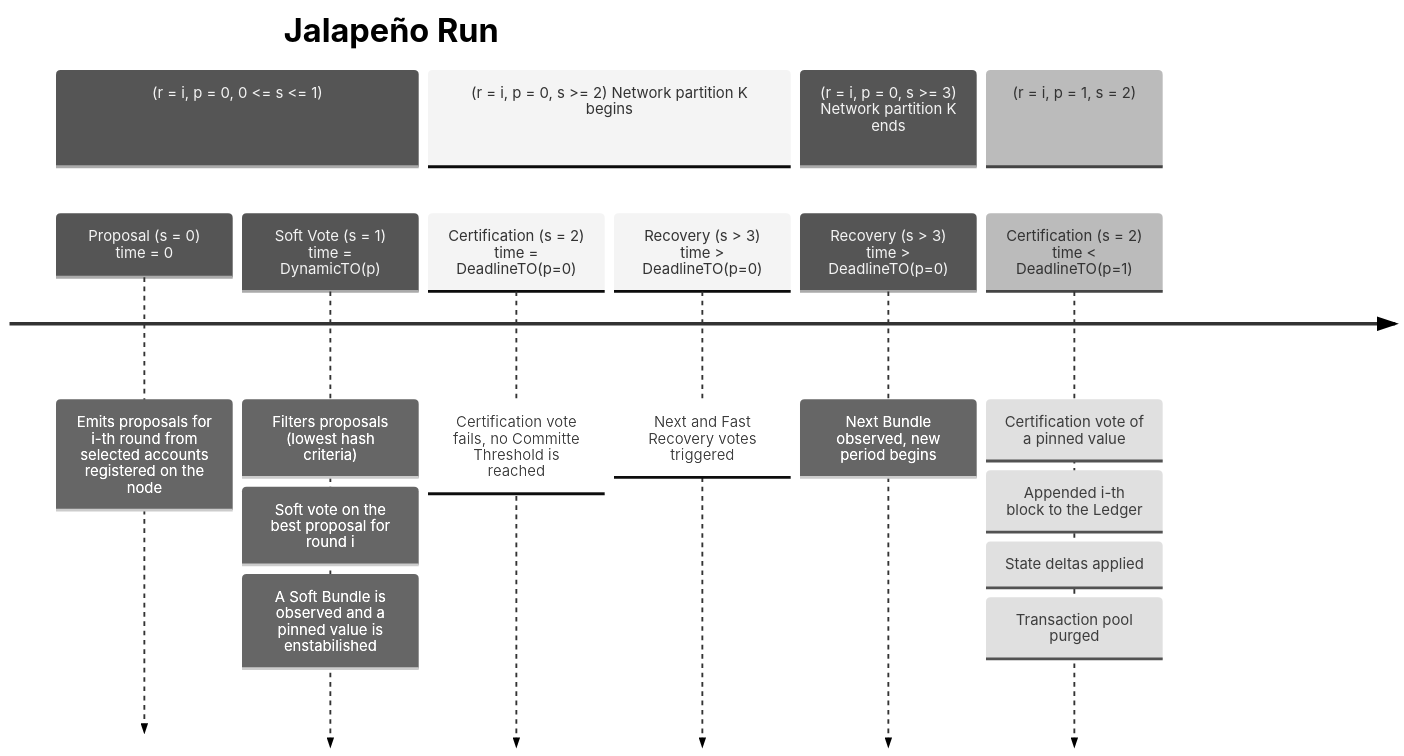
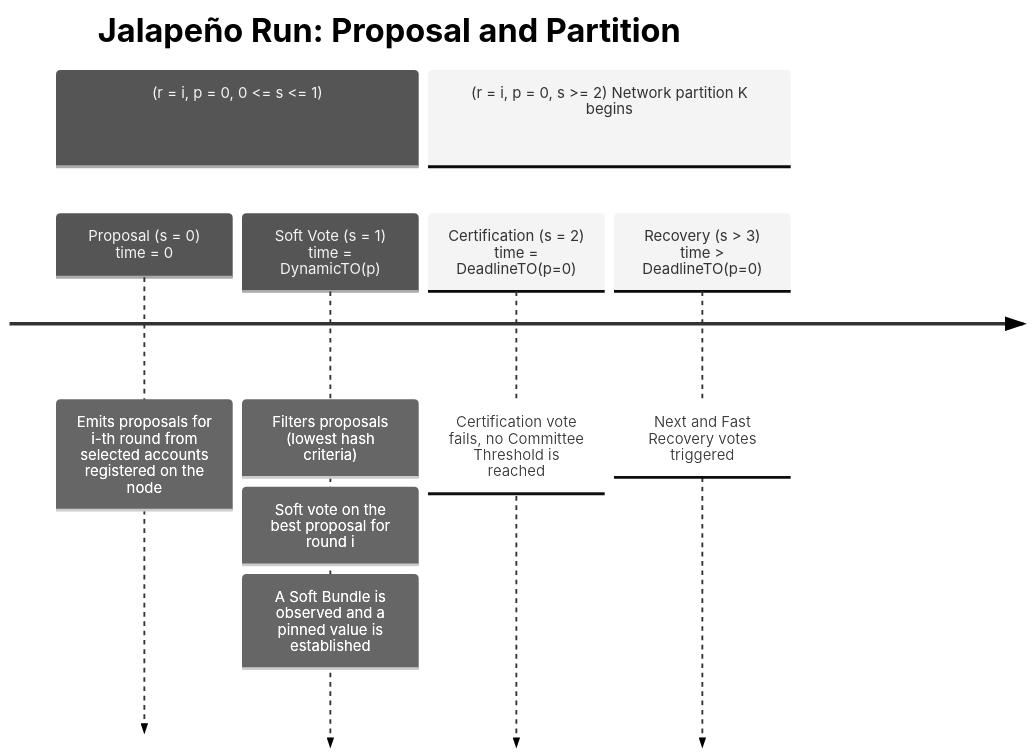
Before and after one commit to cce/specs: the first of 2 diagrams in src/abft/non-normative/abft-nn-jalapeno-run.md, drawn with Mermaid (neutral theme). The commit also changed 37 other files, not shown here.

````diff
--- a/src/abft/non-normative/abft-nn-jalapeno-run.md
+++ b/src/abft/non-normative/abft-nn-jalapeno-run.md
@@ -18,17 +18,10 @@
 ```mermaid
 timeline
-    title Jalapeño Run
+    title Jalapeño Run: Proposal and Partition
     section (r = i, p = 0, 0 <= s <= 1)
         Proposal (s = 0) time = 0                       : Emits proposals for i-th round from selected accounts registered on the node
-        Soft Vote (s = 1) time = DynamicTO(p)           : Filters proposals (lowest hash criteria) : Soft vote on the best proposal for round i : A Soft Bundle is observed and a pinned value is enstabilished
+        Soft Vote (s = 1) time = DynamicTO(p)           : Filters proposals (lowest hash criteria) : Soft vote on the best proposal for round i : A Soft Bundle is observed and a pinned value is established
     section (r = i, p = 0, s >= 2) Network partition K begins
-        Certification (s = 2) time = DeadlineTO(p=0)    : Certification vote fails, no Committe Threshold is reached
+        Certification (s = 2) time = DeadlineTO(p=0)    : Certification vote fails, no Committee Threshold is reached
         Recovery (s > 3) time > DeadlineTO(p=0)         : Next and Fast Recovery votes triggered
-    section (r = i, p = 0, s >= 3) Network partition K ends
-        Recovery (s > 3) time > DeadlineTO(p=0)         : Next Bundle observed, new period begins
-    section (r = i, p = 1, s = 2)
-        Certification (s = 2) time < DeadlineTO(p=1)    : Certification vote of a pinned value
-                                                        : Appended i-th block to the Ledger
-                                                        : State deltas applied
-                                                        : Transaction pool purged
 ```
````
